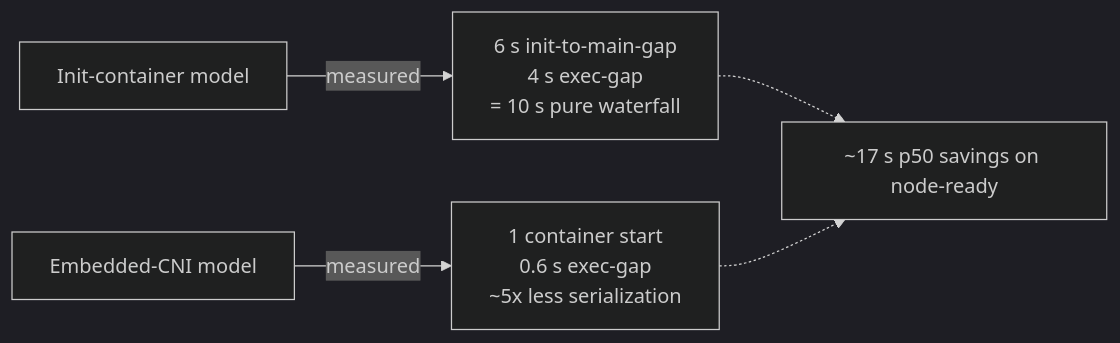
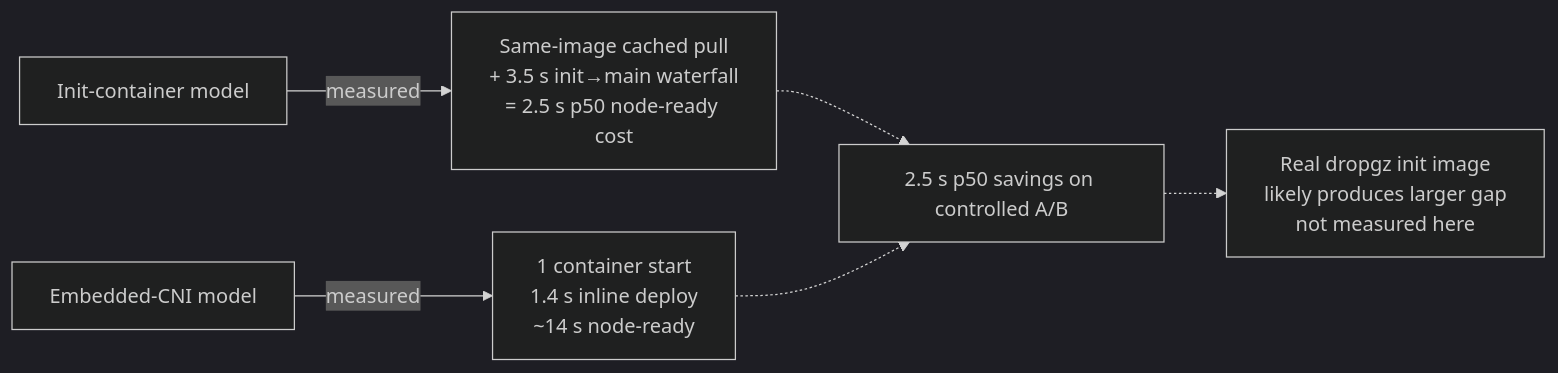
Before and after one commit to rbtr/azure-container-networking: the sixth of 6 diagrams in docs/performance-investigation/04-embed-cni-poc.md, drawn with Mermaid (dark theme). The commit also changed other lines of this file and 3 other files, not shown here.

````diff
--- a/docs/performance-investigation/04-embed-cni-poc.md
+++ b/docs/performance-investigation/04-embed-cni-poc.md
@@ -287,7 +425,8 @@
 ```mermaid
 flowchart LR
-    a[Init-container model] -->|measured| b["6 s init-to-main-gap<br/>4 s exec-gap<br/>= 10 s pure waterfall"]
-    c[Embedded-CNI model] -->|measured| d["1 container start<br/>0.6 s exec-gap<br/>~5x less serialization"]
-    b -.-> e[~17 s p50 savings on node-ready]
+    a[Init-container model] -->|measured| b["Same-image cached pull<br/>+ 3.5 s init→main waterfall<br/>= 2.5 s p50 node-ready cost"]
+    c[Embedded-CNI model] -->|measured| d["1 container start<br/>1.4 s inline deploy<br/>~14 s node-ready"]
+    b -.-> e[2.5 s p50 savings on controlled A/B]
     d -.-> e
+    e -.-> f[Real dropgz init image<br/>likely produces larger gap<br/>not measured here]
 ```
````
